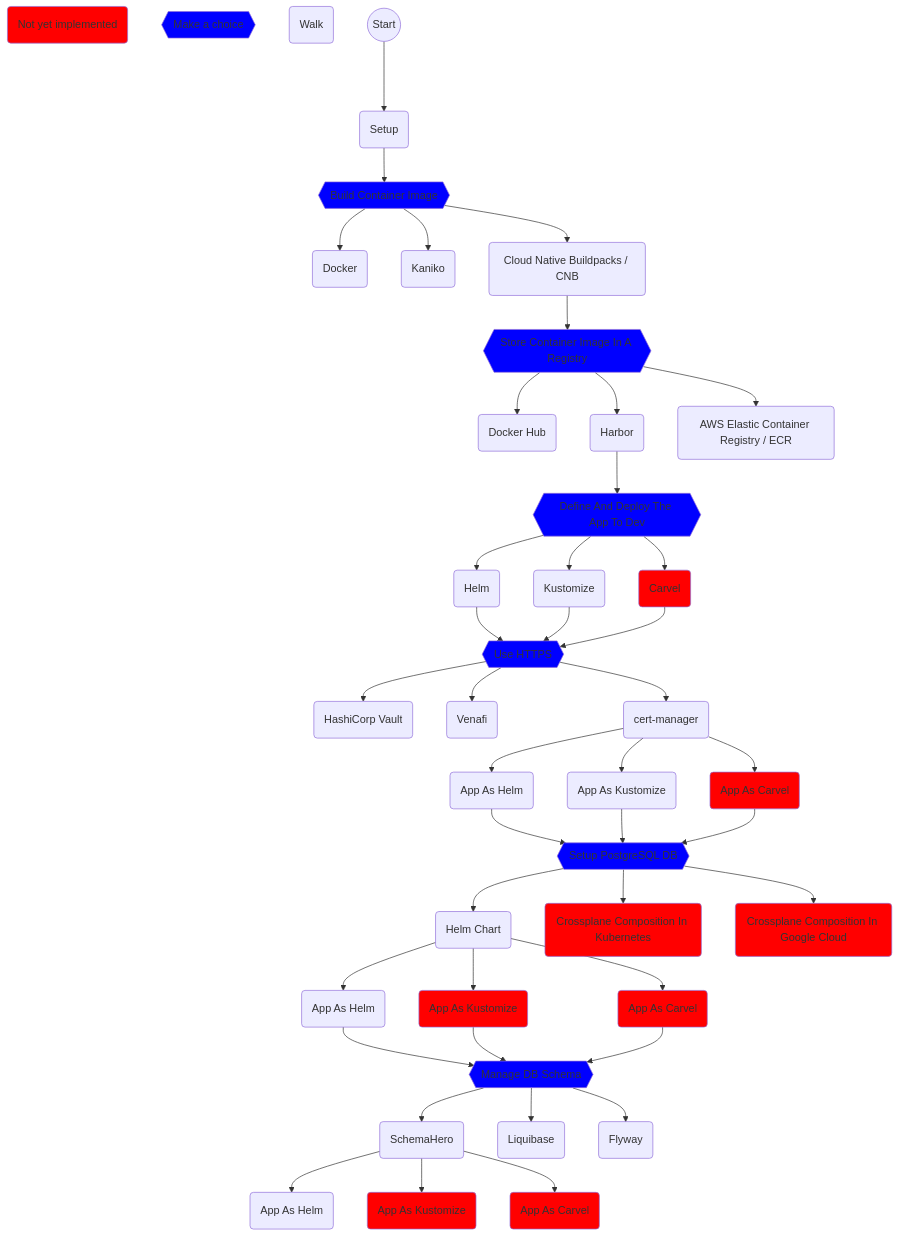
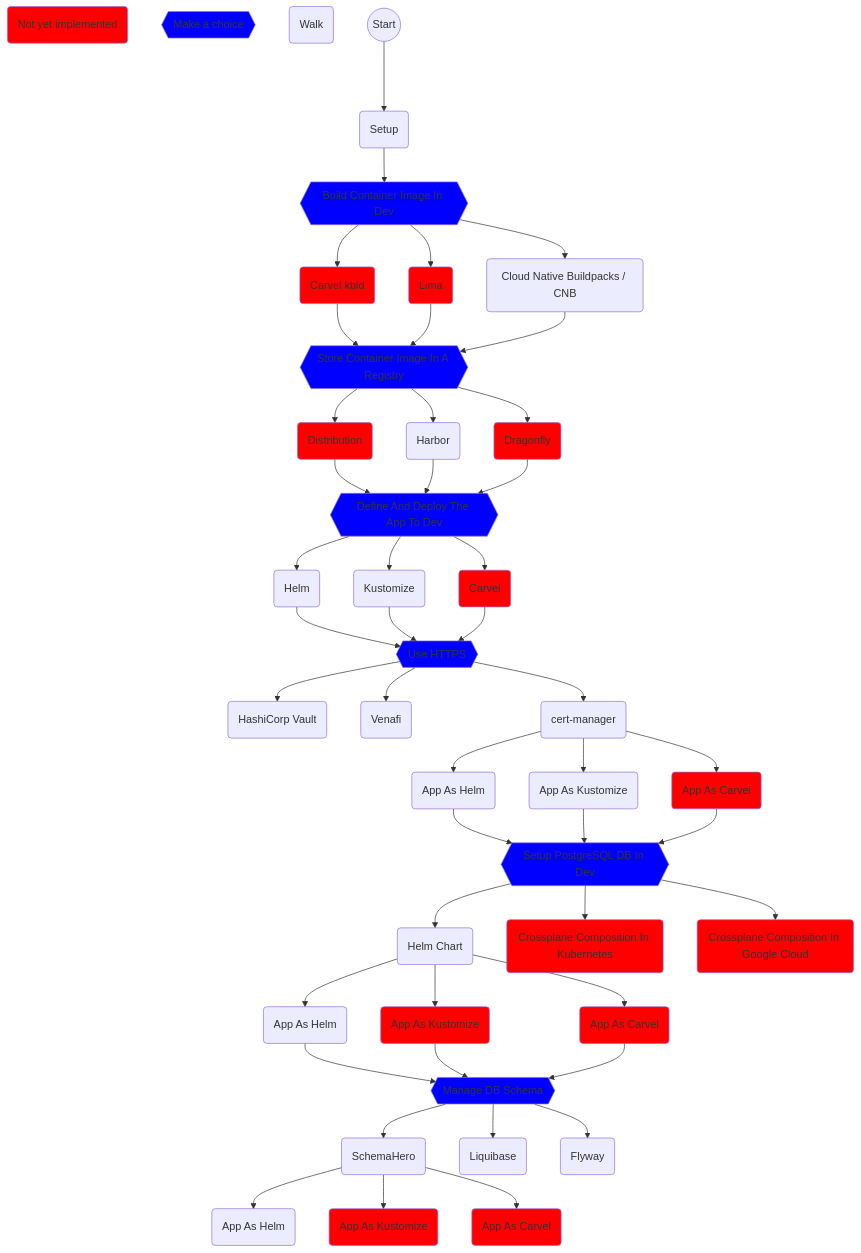
Before and after one commit to vfarcic/cncf-demo: the diagram in solution.md, drawn with Mermaid. The commit also changed other lines of this file and 9 other files, not shown here.

```diff
--- a/solution.md
+++ b/solution.md
@@ -18,33 +18,37 @@
 
     setup-->bci
 
-    bci{{Build Container Image}}
+    bci{{Build Container Image In Dev}}
     click bci "vfarcic/cncf-demo/blob/main/manuscript/build-container-image/story.md" _blank
     style bci fill:blue
-    bci1(Docker)
-    click bci1 "vfarcic/cncf-demo/blob/main/manuscript/build-container-image/docker.md" _blank
-    bci2(Kaniko)
-    click bci2 "vfarcic/cncf-demo/blob/main/manuscript/build-container-image/kaniko.md" _blank
-    bci3(Cloud Native Buildpacks / CNB)
-    click bci3 "vfarcic/cncf-demo/blob/main/manuscript/build-container-image/buildpacks.md" _blank
+    bci-kbld(Carvel kbld)
+    click bci-kbld "vfarcic/cncf-demo/blob/main/manuscript/build-container-image/kbld.md" _blank
+    style bci-kbld fill:red
+    bci-lima(Lima)
+    click bci-lima "vfarcic/cncf-demo/blob/main/manuscript/build-container-image/kaniko.md" _blank
+    style bci-lima fill:red
+    bci-buildpacks(Cloud Native Buildpacks / CNB)
+    click bci-buildpacks "vfarcic/cncf-demo/blob/main/manuscript/build-container-image/buildpacks.md" _blank
 
-    bci-->bci1;
-    bci-->bci2;
-    bci-->bci3-->registry;
+    bci-->bci-kbld-->registry;
+    bci-->bci-lima-->registry;
+    bci-->bci-buildpacks-->registry;
 
     registry{{Store Container Image In A Registry}}
     click registry "vfarcic/cncf-demo/blob/main/manuscript/registry/story.md" _blank
     style registry fill:blue
-    registry1(Docker Hub)
-    click registry1 "vfarcic/cncf-demo/blob/main/manuscript/registry/docker-hub.md" _blank
-    registry2(Harbor)
-    click registry2 "vfarcic/cncf-demo/blob/main/manuscript/registry/harbor.md" _blank
-    registry3(AWS Elastic Container Registry / ECR)
-    click registry3 "vfarcic/cncf-demo/blob/main/manuscript/registry/ecr.md" _blank
+    registry-distribution(Distribution)
+    click registry-distribution "vfarcic/cncf-demo/blob/main/manuscript/registry/docker-hub.md" _blank
+    style registry-distribution fill:red
+    registry-harbor(Harbor)
+    click registry-harbor "vfarcic/cncf-demo/blob/main/manuscript/registry/harbor.md" _blank
+    registry-dragonfly(Dragonfly)
+    click registry-dragonfly "vfarcic/cncf-demo/blob/main/manuscript/registry/ecr.md" _blank
+    style registry-dragonfly fill:red
 
-    registry-->registry1;
-    registry-->registry2-->ddd;
-    registry-->registry3;
+    registry-->registry-distribution-->ddd;
+    registry-->registry-harbor-->ddd;
+    registry-->registry-dragonfly-->ddd;
 
     ddd{{Define And Deploy The App To Dev}}
     click ddd "vfarcic/cncf-demo/blob/main/manuscript/define-deploy-dev/story.md" _blank
@@ -83,7 +87,7 @@
     https3-->https3-kustomize-->db;
     https3-->https3-carvel-->db;
 
-    db{{Setup PostgreSQL DB}}
+    db{{Setup PostgreSQL DB In Dev}}
     click db "vfarcic/cncf-demo/blob/main/manuscript/db/story.md" _blank
     style db fill:blue
     db-helm(Helm Chart)
```
